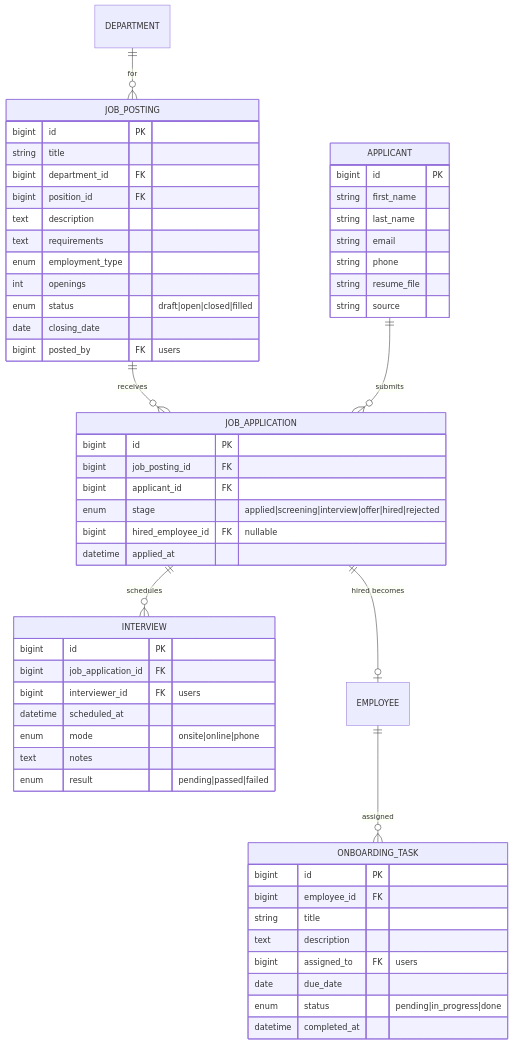
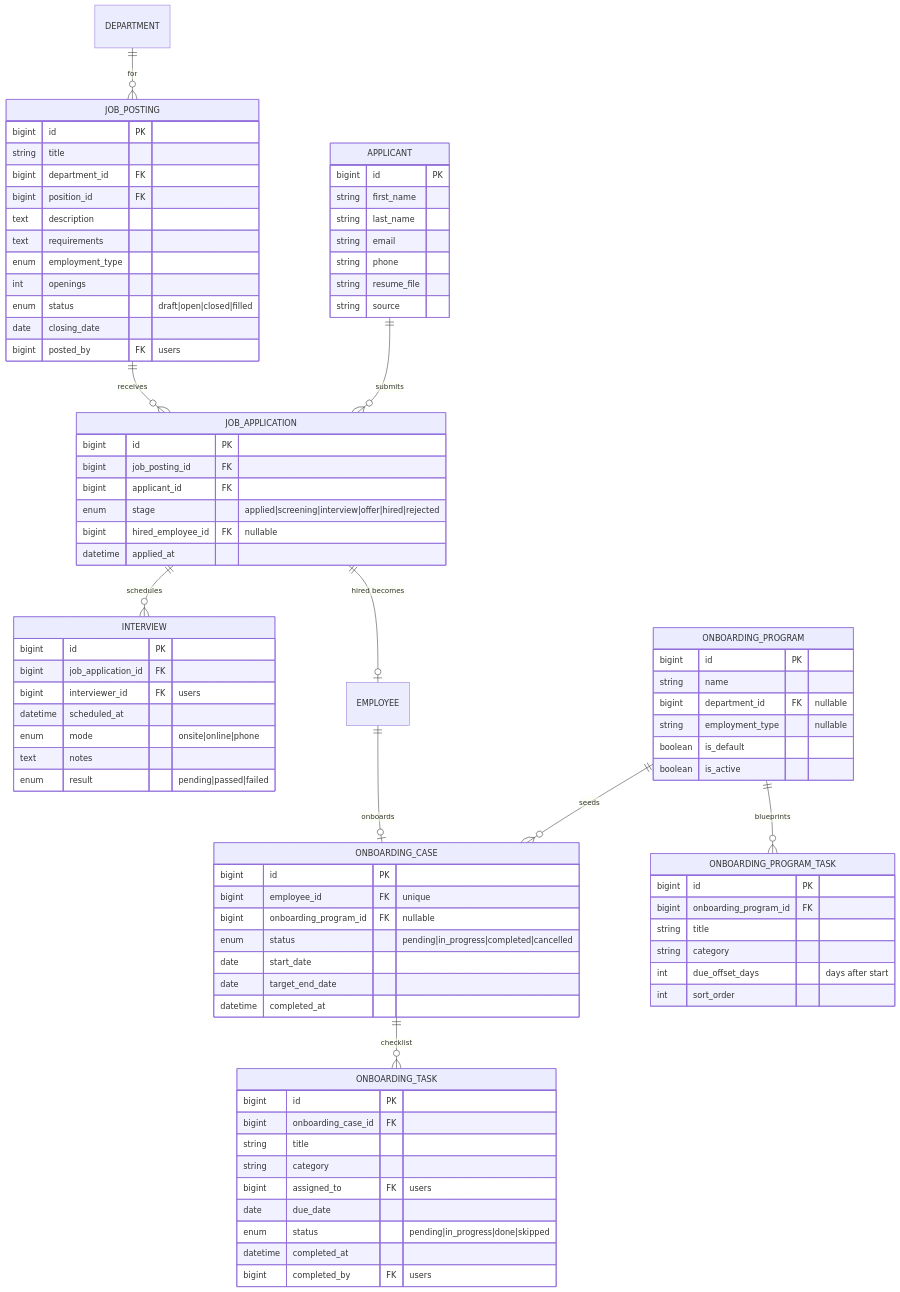
The fourth of 11 diagrams in docs/database/erd.md (earlkian8/synapse), drawn with Mermaid before and after one commit. The commit also changed other lines of this file and 59 other files, not shown here.

````diff
--- a/docs/database/erd.md
+++ b/docs/database/erd.md
@@ -337,7 +341,10 @@
     JOB_APPLICATION ||--o{ INTERVIEW : schedules
     JOB_APPLICATION ||--o| EMPLOYEE : "hired becomes"
     DEPARTMENT ||--o{ JOB_POSTING : for
-    EMPLOYEE ||--o{ ONBOARDING_TASK : assigned
+    EMPLOYEE ||--o| ONBOARDING_CASE : onboards
+    ONBOARDING_PROGRAM ||--o{ ONBOARDING_PROGRAM_TASK : blueprints
+    ONBOARDING_PROGRAM ||--o{ ONBOARDING_CASE : seeds
+    ONBOARDING_CASE ||--o{ ONBOARDING_TASK : checklist
 
     JOB_POSTING {
         bigint id PK
@@ -378,14 +385,40 @@
         text notes
         enum result "pending|passed|failed"
     }
+    ONBOARDING_PROGRAM {
+        bigint id PK
+        string name
+        bigint department_id FK "nullable"
+        string employment_type "nullable"
+        boolean is_default
+        boolean is_active
+    }
+    ONBOARDING_PROGRAM_TASK {
+        bigint id PK
+        bigint onboarding_program_id FK
+        string title
+        string category
+        int due_offset_days "days after start"
+        int sort_order
+    }
+    ONBOARDING_CASE {
+        bigint id PK
+        bigint employee_id FK "unique"
+        bigint onboarding_program_id FK "nullable"
+        enum status "pending|in_progress|completed|cancelled"
+        date start_date
+        date target_end_date
+        datetime completed_at
+    }
     ONBOARDING_TASK {
         bigint id PK
-        bigint employee_id FK
+        bigint onboarding_case_id FK
         string title
-        text description
+        string category
         bigint assigned_to FK "users"
         date due_date
-        enum status "pending|in_progress|done"
+        enum status "pending|in_progress|done|skipped"
         datetime completed_at
+        bigint completed_by FK "users"
     }
 ```
````
